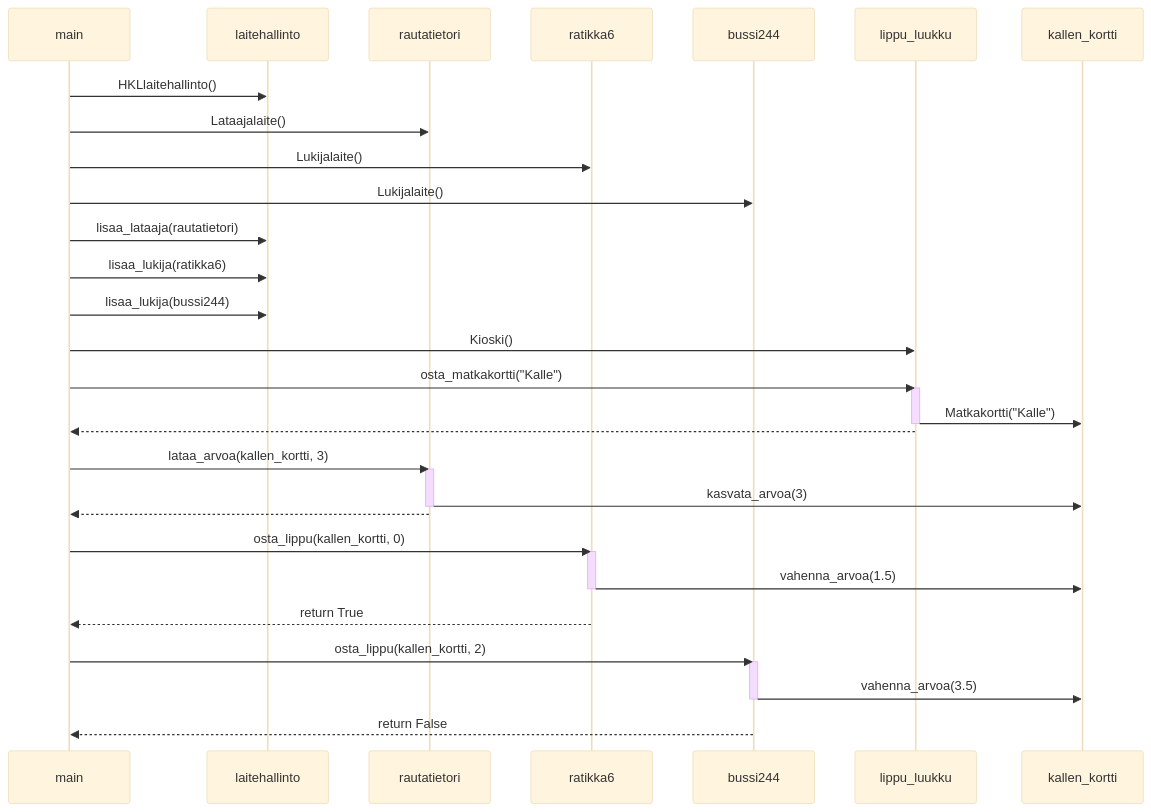
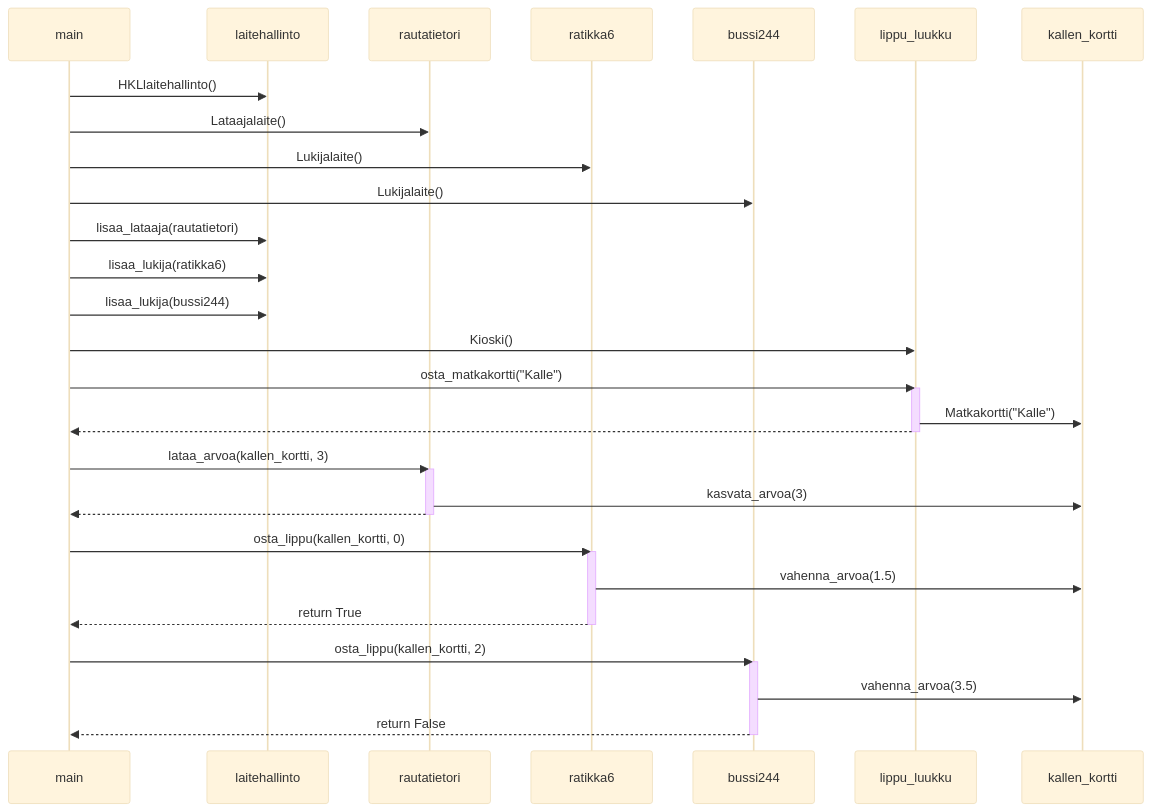
One commit to Ethervortex/ot-harjoitustyo changed the diagram in laskarit/viikko3/sequence.md. Above: the diagram before and after it, drawn with Mermaid (base theme). The commit also changed other lines of this file and 9 other files, not shown here.

````diff
--- a/laskarit/viikko3/sequence.md
+++ b/laskarit/viikko3/sequence.md
@@ -1,39 +1,39 @@
 ```mermaid
 sequenceDiagram
     participant main
     participant laitehallinto
     participant rautatietori
     participant ratikka6
     participant bussi244
     participant lippu_luukku
     participant kallen_kortti
     
     main ->> laitehallinto: HKLlaitehallinto()
     main ->> rautatietori: Lataajalaite()
     main ->> ratikka6: Lukijalaite()
     main ->> bussi244: Lukijalaite()
     main ->> laitehallinto: lisaa_lataaja(rautatietori)
     main ->> laitehallinto: lisaa_lukija(ratikka6)
     main ->> laitehallinto: lisaa_lukija(bussi244)
     main ->> lippu_luukku: Kioski()
     main ->> lippu_luukku: osta_matkakortti("Kalle")
     activate lippu_luukku
     lippu_luukku ->> kallen_kortti: Matkakortti("Kalle")
+    lippu_luukku -->> main: 
     deactivate lippu_luukku
-    lippu_luukku -->> main: 
     main ->> rautatietori: lataa_arvoa(kallen_kortti, 3)
     activate rautatietori
     rautatietori ->> kallen_kortti: kasvata_arvoa(3)
+    rautatietori -->> main: 
     deactivate rautatietori
-    rautatietori -->> main: 
     main ->> ratikka6: osta_lippu(kallen_kortti, 0)
     activate ratikka6
     ratikka6 ->> kallen_kortti: vahenna_arvoa(1.5)
+    ratikka6 -->> main: return True
     deactivate ratikka6
-    ratikka6 -->> main: return True
     main ->> bussi244: osta_lippu(kallen_kortti, 2)
     activate bussi244
     bussi244 ->> kallen_kortti: vahenna_arvoa(3.5)
+    bussi244 -->> main: return False
     deactivate bussi244
-    bussi244 -->> main: return False
 ```
````
